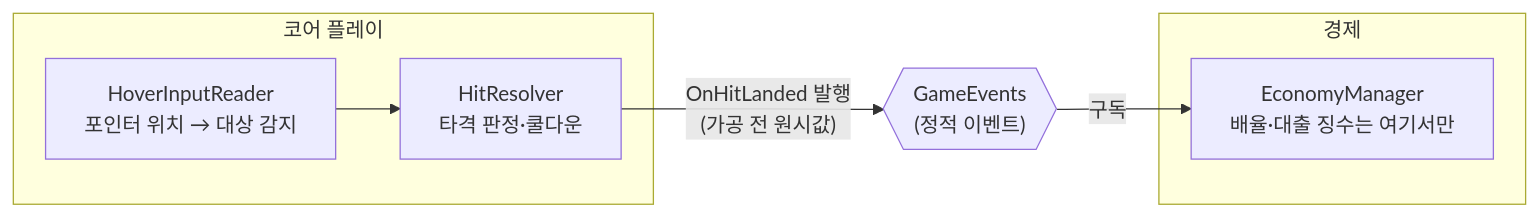
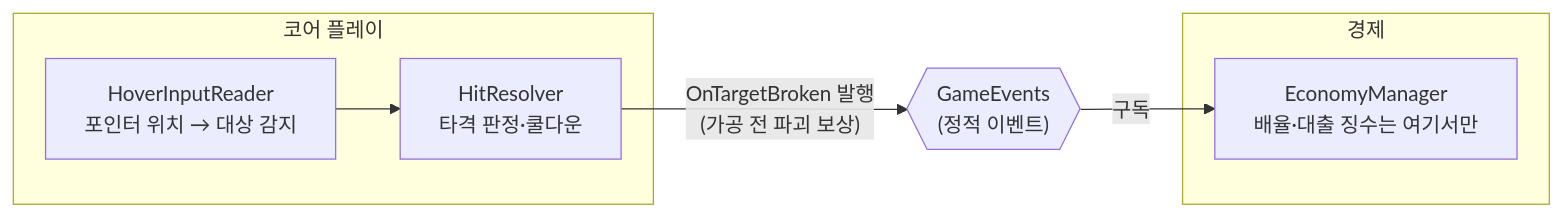
The diagram in docs/TECH_NOTES/README.md (KDNA-Gwangju-1/NCAIClicker), drawn with Mermaid before and after one commit. The commit also changed other lines of this file and 30 other files, not shown here.

````diff
--- a/docs/TECH_NOTES/README.md
+++ b/docs/TECH_NOTES/README.md
@@ -62,17 +62,17 @@
 ```mermaid
 flowchart LR
   subgraph Core["코어 플레이"]
     input[HoverInputReader<br/>포인터 위치 → 대상 감지]
     hit[HitResolver<br/>타격 판정·쿨다운]
   end
 
   subgraph Economy["경제"]
     econ[EconomyManager<br/>배율·대출 징수는 여기서만]
   end
 
   events{{"GameEvents<br/>(정적 이벤트)"}}
 
   input --> hit
-  hit -- "OnHitLanded 발행<br/>(가공 전 원시값)" --> events
+  hit -- "OnTargetBroken 발행<br/>(가공 전 파괴 보상)" --> events
   events -- "구독" --> econ
 ```
````
